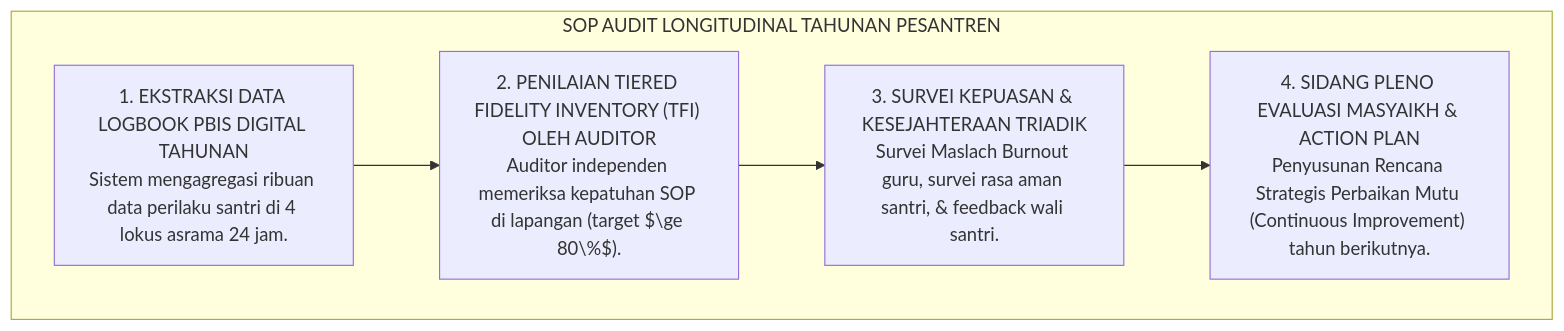
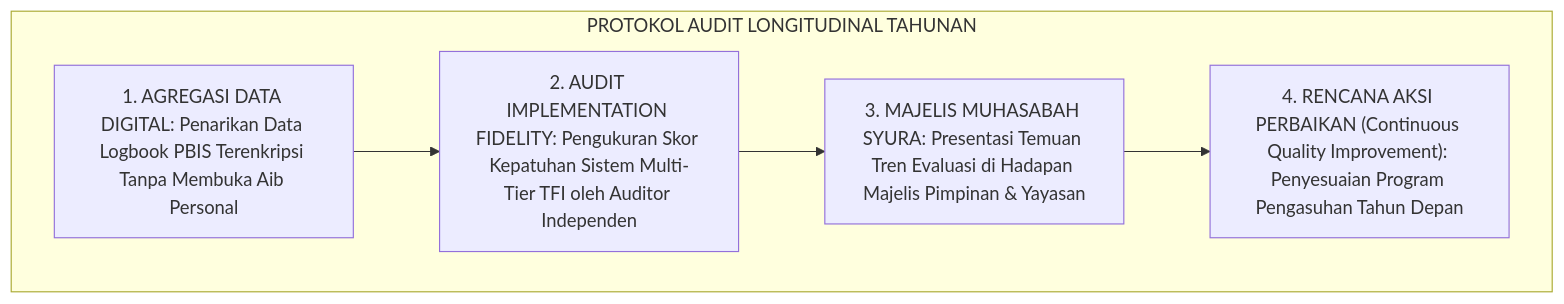
One commit to wandiapriliyandi/tumbuh changed the fourth of 4 diagrams in 01 Philosophy/06 Change/P1-06-06-Evaluasi-Dampak-Longitudinal-Transformasi-Pesantren.md. Above: the diagram before and after it, drawn with Mermaid. The commit also changed other lines of this file and 7 other files, not shown here.

````diff
--- a/01 Philosophy/06 Change/P1-06-06-Evaluasi-Dampak-Longitudinal-Transformasi-Pesantren.md
+++ b/01 Philosophy/06 Change/P1-06-06-Evaluasi-Dampak-Longitudinal-Transformasi-Pesantren.md
@@ -186,14 +175,9 @@
 ```mermaid
 flowchart TD
-    subgraph SOPAuditLongitudinalTahunan["SOP AUDIT LONGITUDINAL TAHUNAN PESANTREN"]
-        EkstraksiData["1. EKSTRAKSI DATA LOGBOOK PBIS DIGITAL TAHUNAN<br/>Sistem mengagregasi ribuan data perilaku santri di 4 lokus asrama 24 jam."]
-        
-        AsesmenTFI["2. PENILAIAN TIERED FIDELITY INVENTORY (TFI) OLEH AUDITOR<br/>Auditor independen memeriksa kepatuhan SOP di lapangan (target $\ge 80\%$)."]
-        
-        SurveiTriad["3. SURVEI KEPUASAN & KESEJAHTERAAN TRIADIK<br/>Survei Maslach Burnout guru, survei rasa aman santri, & feedback wali santri."]
-        
-        SidangTahunan["4. SIDANG PLENO EVALUASI MASYAIKH & ACTION PLAN<br/>Penyusunan Rencana Strategis Perbaikan Mutu (Continuous Improvement) tahun berikutnya."]
-        
-        EkstraksiData --> AsesmenTFI --> SurveiTriad --> SidangTahunan
+    subgraph ProtokolAuditTahunan["PROTOKOL AUDIT LONGITUDINAL TAHUNAN"]
+        PengumpulanData["1. AGREGASI DATA DIGITAL: Penarikan Data Logbook PBIS Terenkripsi Tanpa Membuka Aib Personal"]
+        --> PengukuranTFI["2. AUDIT IMPLEMENTATION FIDELITY: Pengukuran Skor Kepatuhan Sistem Multi-Tier TFI oleh Auditor Independen"]
+        --> ForumSyura["3. MAJELIS MUHASABAH SYURA: Presentasi Temuan Tren Evaluasi di Hadapan Majelis Pimpinan & Yayasan"]
+        --> PerbaikanSistem["4. RENCANA AKSI PERBAIKAN (Continuous Quality Improvement): Penyesuaian Program Pengasuhan Tahun Depan"]
     end
 ```
````
